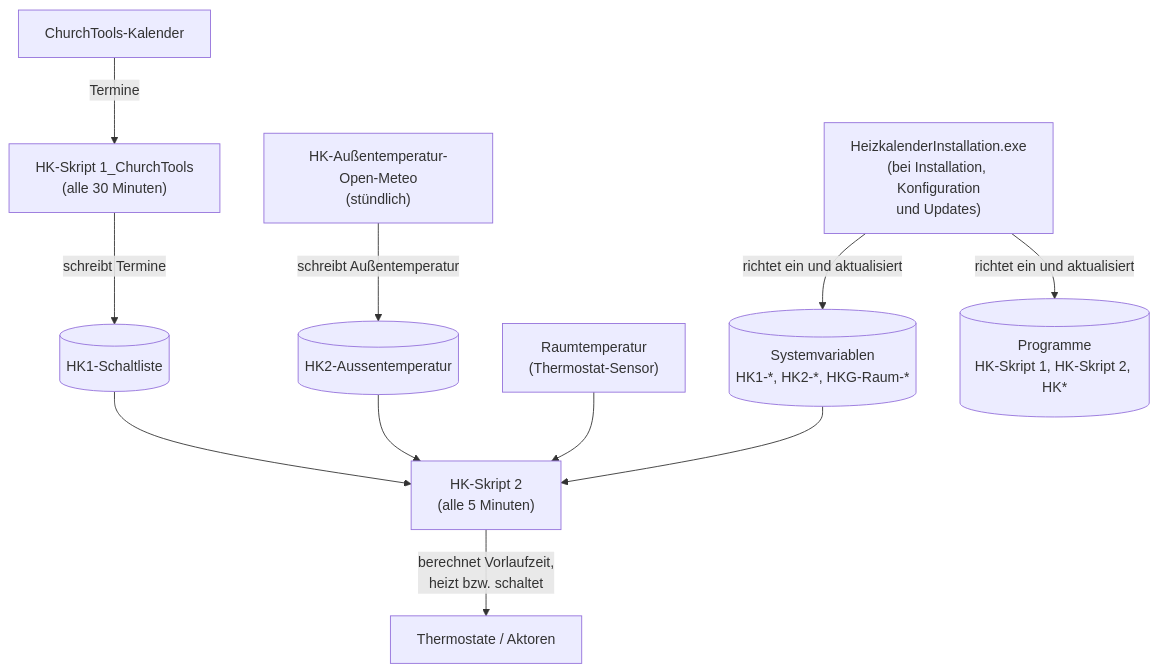
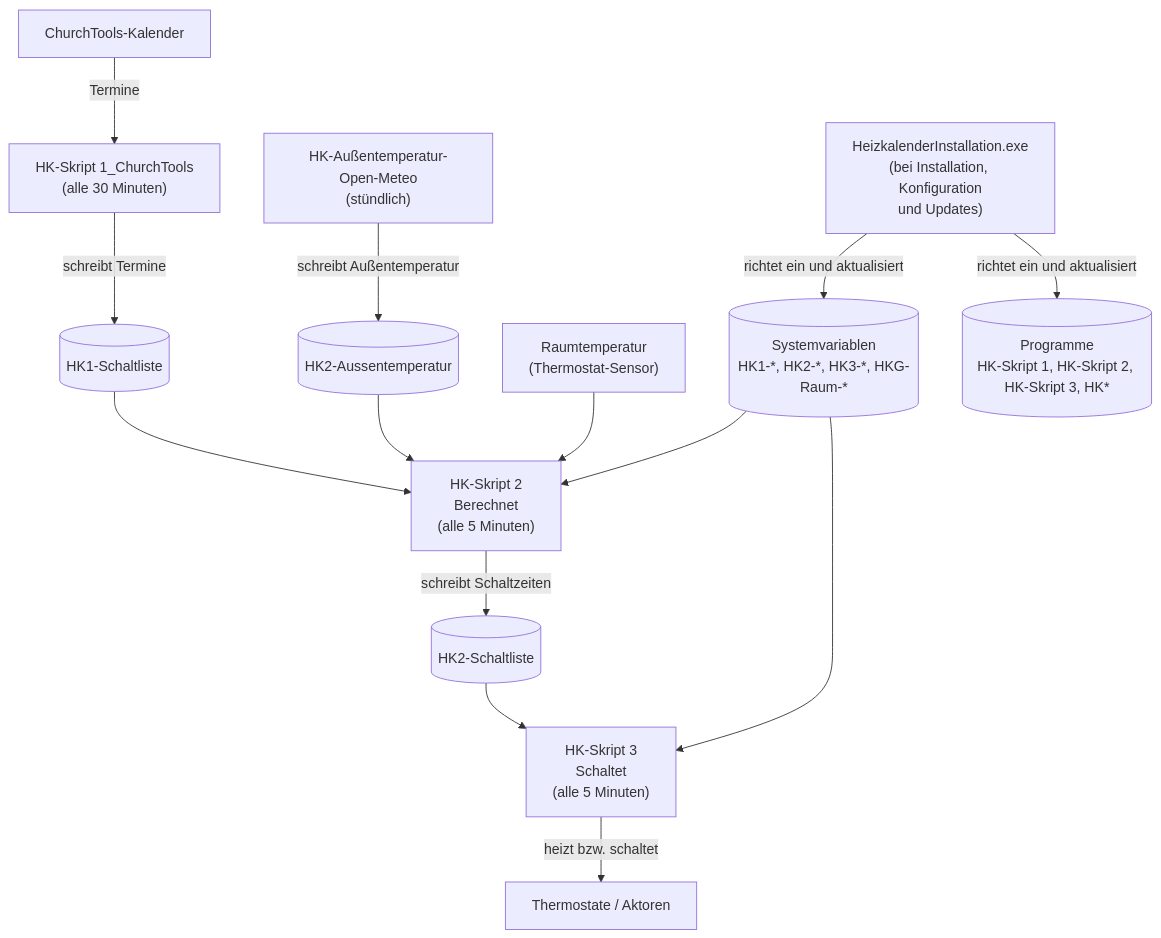
The first of 4 diagrams in docs/heizkalender/anwenderhandbuch.md (tatzel/Homematic-Heizungskalender), drawn with Mermaid before and after one commit. The commit also changed other lines of this file and 35 other files, not shown here.

````diff
--- a/docs/heizkalender/anwenderhandbuch.md
+++ b/docs/heizkalender/anwenderhandbuch.md
@@ -121,17 +121,20 @@
 ```mermaid
 flowchart TD
     OpenMeteo["HK-Außentemperatur-Open-Meteo<br/>(stündlich)"] -->|"schreibt Außentemperatur"| ATVar[("HK2-Aussentemperatur")]
 
     CT["ChurchTools-Kalender"] -->|"Termine"| Skript1["HK-Skript 1_ChurchTools<br/>(alle 30 Minuten)"]
     Skript1 -->|"schreibt Termine"| Schaltliste[("HK1-Schaltliste")]
 
-    Schaltliste --> Skript2["HK-Skript 2<br/>(alle 5 Minuten)"]
+    Schaltliste --> Skript2["HK-Skript 2<br/>Berechnet<br/>(alle 5 Minuten)"]
+    Skript2 -->|"schreibt Schaltzeiten"| Schaltliste2[("HK2-Schaltliste")]
     ATVar --> Skript2
     Raumtemp["Raumtemperatur<br/>(Thermostat-Sensor)"] --> Skript2
     SysVar --> Skript2
-    Skript2 -->|"berechnet Vorlaufzeit,<br/>heizt bzw. schaltet"| Thermostate["Thermostate / Aktoren"]
+    Schaltliste2 --> Skript3["HK-Skript 3<br/>Schaltet<br/>(alle 5 Minuten)"]
+    SysVar --> Skript3
+    Skript3 -->|"heizt bzw. schaltet"| Thermostate["Thermostate / Aktoren"]
 
     Installationsprogramm["HeizkalenderInstallation.exe<br/>(bei Installation, Konfiguration<br/>und Updates)"]
-    Installationsprogramm -->|"richtet ein und aktualisiert"| Programme[("Programme<br/>HK-Skript 1, HK-Skript 2, HK*")]
-    Installationsprogramm -->|"richtet ein und aktualisiert"| SysVar[("Systemvariablen<br/>HK1-*, HK2-*, HKG-Raum-*")]
+    Installationsprogramm -->|"richtet ein und aktualisiert"| Programme[("Programme<br/>HK-Skript 1, HK-Skript 2, HK-Skript 3, HK*")]
+    Installationsprogramm -->|"richtet ein und aktualisiert"| SysVar[("Systemvariablen<br/>HK1-*, HK2-*, HK3-*, HKG-Raum-*")]
 ```
````
